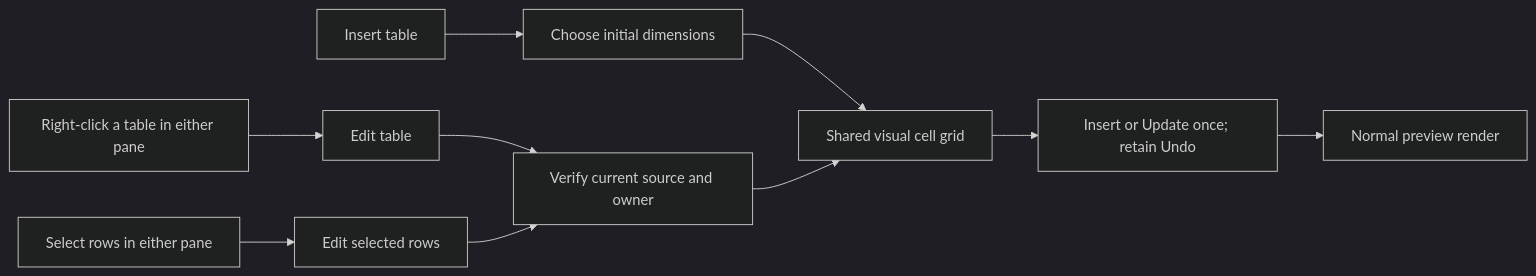
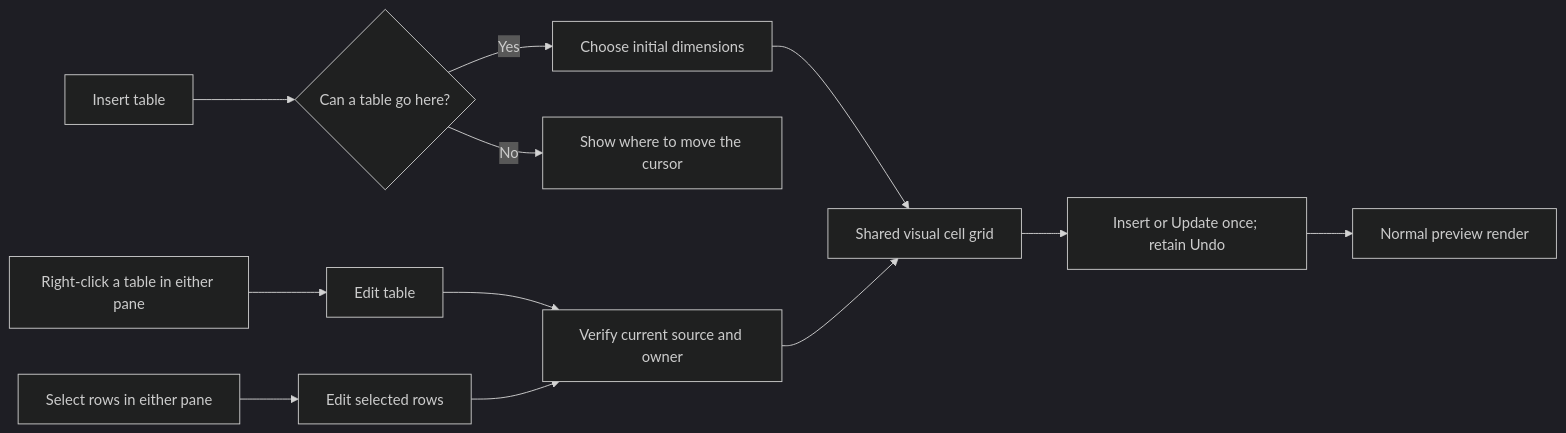
Before and after one commit to lostinsea/markaloo: the diagram in docs/CUSTOMIZATIONS.md, drawn with Mermaid (dark theme). The commit also changed 6 other files, not shown here.

First line of the commit message:
Insert Table ignored the line the user clicked

````diff
--- a/docs/CUSTOMIZATIONS.md
+++ b/docs/CUSTOMIZATIONS.md
@@ -558,12 +558,14 @@
 ```mermaid
 flowchart LR
-    N["Insert table"] --> C["Choose initial dimensions"]
+    N["Insert table"] --> P{"Can a table go here?"}
+    P -- Yes --> C["Choose initial dimensions"]
+    P -- No --> W["Show where to move the cursor"]
     C --> D["Shared visual cell grid"]
     A["Right-click a table in either pane"] --> B["Edit table"]
     S["Select rows in either pane"] --> R["Edit selected rows"]
     B --> V["Verify current source and owner"]
     R --> V
     V --> D
     D --> E["Insert or Update once; retain Undo"]
     E --> F["Normal preview render"]
 ```
````
